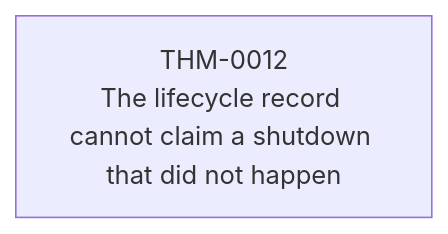
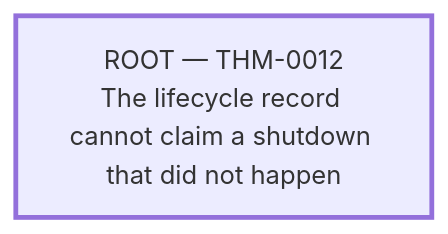
One commit to matssun/mcp-re changed the third of 7 diagrams in verification/generated/theorem-dependencies.md. Above: the diagram before and after it, drawn with Mermaid. The commit also changed other lines of this file and 9 other files, not shown here.

````diff
--- a/verification/generated/theorem-dependencies.md
+++ b/verification/generated/theorem-dependencies.md
@@ -109,4 +209,6 @@
 ```mermaid
 graph BT
-    THM_0012["THM-0012<br/>The lifecycle record cannot claim a shutdown that did not happen"]
+    THM_0012["ROOT — THM-0012<br/>The lifecycle record cannot claim a shutdown that did not happen"]
+    classDef root stroke-width:3px;
+    class THM_0012 root;
 ```
````
